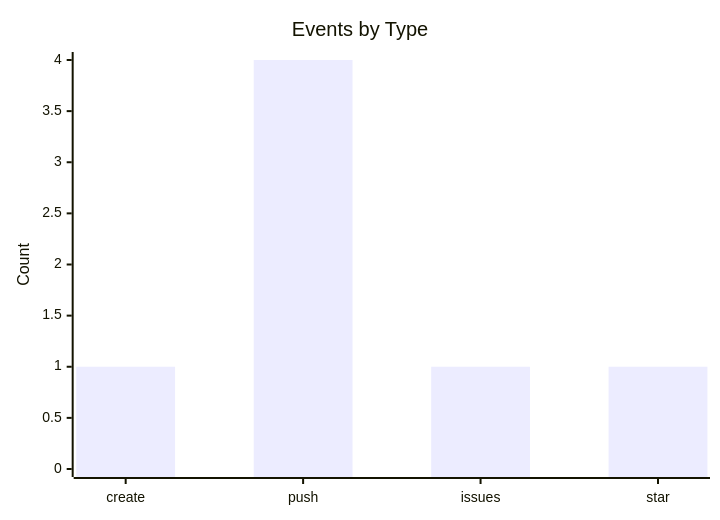
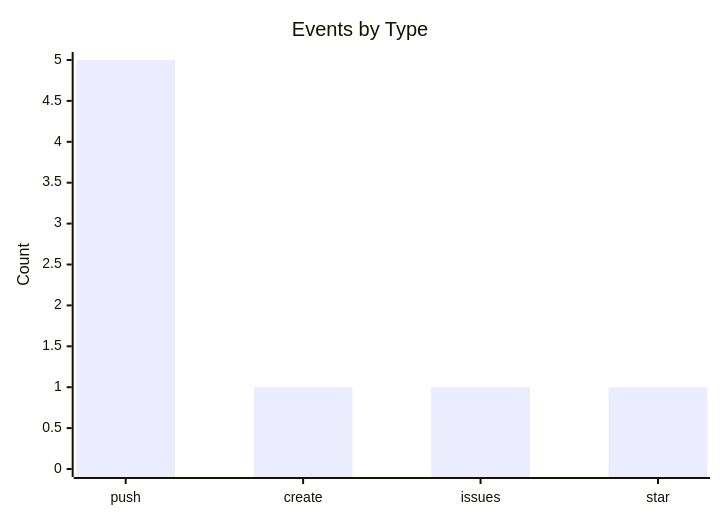
The third of 3 diagrams in README.md (lunarshe11/lunarshe11), drawn with Mermaid before and after one commit. The commit also changed other lines of this file, not shown here.

````diff
--- a/README.md
+++ b/README.md
@@ -38,7 +38,7 @@
 ```mermaid
 xychart-beta
     title "Events by Type"
-    x-axis ["create", "push", "issues", "star"]
-    y-axis "Count" 0 --> 4
-    bar [1, 4, 1, 1]
+    x-axis ["push", "create", "issues", "star"]
+    y-axis "Count" 0 --> 5
+    bar [5, 1, 1, 1]
 ```
````
